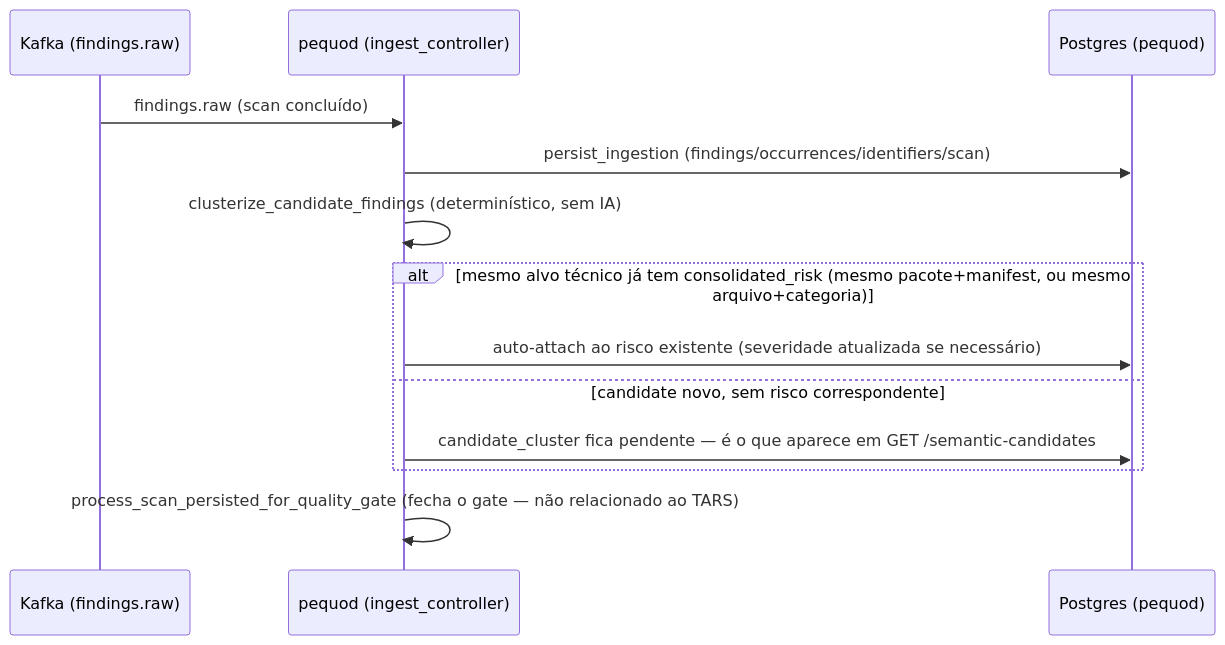
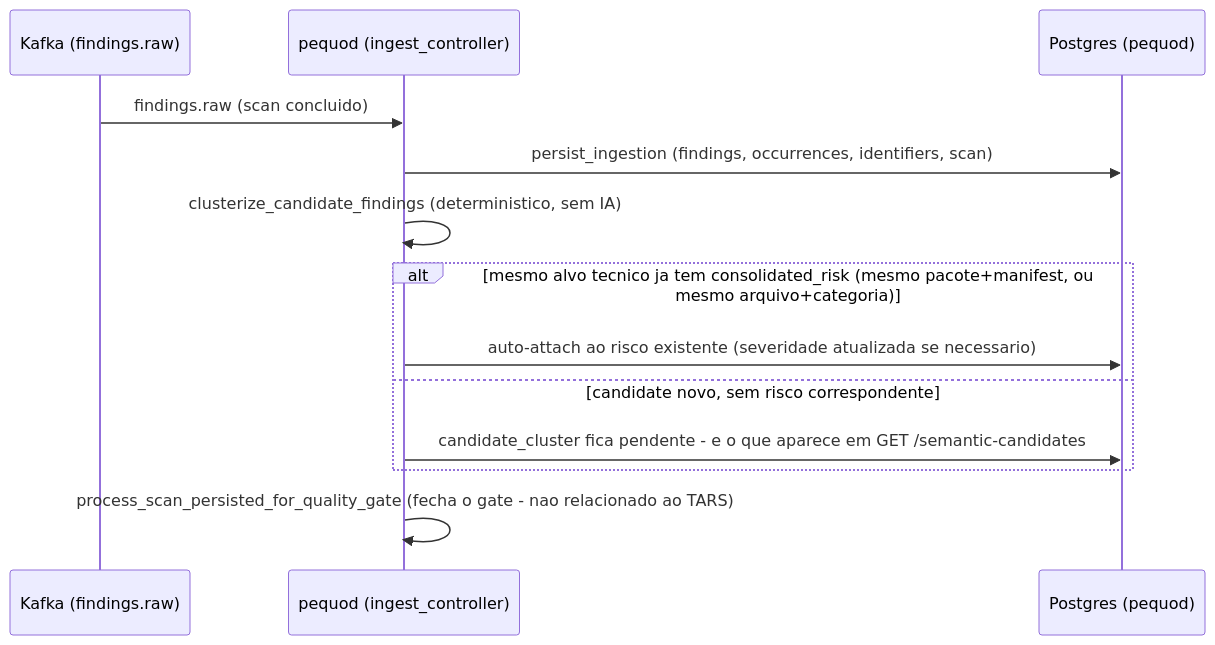
Before and after one commit to OdinEye-FIAP/aspm-docs: the first of 2 diagrams in docs/tars-ai.md, drawn with Mermaid. The commit also changed other lines of this file, not shown here.

Commit message:
fix(docs): corrige erro de parse do Mermaid (ponto-e-virgula dentro de mensagem quebra o parser do GitHub) e remove tag HTML de Note

````diff
--- a/docs/tars-ai.md
+++ b/docs/tars-ai.md
@@ -109,16 +109,16 @@
 ```mermaid
 sequenceDiagram
     participant K as Kafka (findings.raw)
     participant PQ as pequod (ingest_controller)
     participant DB as Postgres (pequod)
 
-    K->>PQ: findings.raw (scan concluído)
-    PQ->>DB: persist_ingestion (findings/occurrences/identifiers/scan)
-    PQ->>PQ: clusterize_candidate_findings (determinístico, sem IA)
-    alt mesmo alvo técnico já tem consolidated_risk (mesmo pacote+manifest, ou mesmo arquivo+categoria)
-        PQ->>DB: auto-attach ao risco existente (severidade atualizada se necessário)
+    K->>PQ: findings.raw (scan concluido)
+    PQ->>DB: persist_ingestion (findings, occurrences, identifiers, scan)
+    PQ->>PQ: clusterize_candidate_findings (deterministico, sem IA)
+    alt mesmo alvo tecnico ja tem consolidated_risk (mesmo pacote+manifest, ou mesmo arquivo+categoria)
+        PQ->>DB: auto-attach ao risco existente (severidade atualizada se necessario)
     else candidate novo, sem risco correspondente
-        PQ->>DB: candidate_cluster fica pendente — é o que aparece em GET /semantic-candidates
+        PQ->>DB: candidate_cluster fica pendente - e o que aparece em GET /semantic-candidates
     end
-    PQ->>PQ: process_scan_persisted_for_quality_gate (fecha o gate — não relacionado ao TARS)
+    PQ->>PQ: process_scan_persisted_for_quality_gate (fecha o gate - nao relacionado ao TARS)
 ```
````
